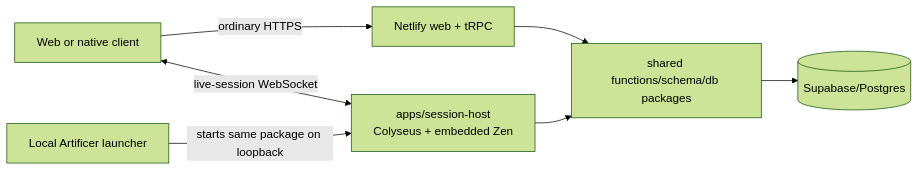
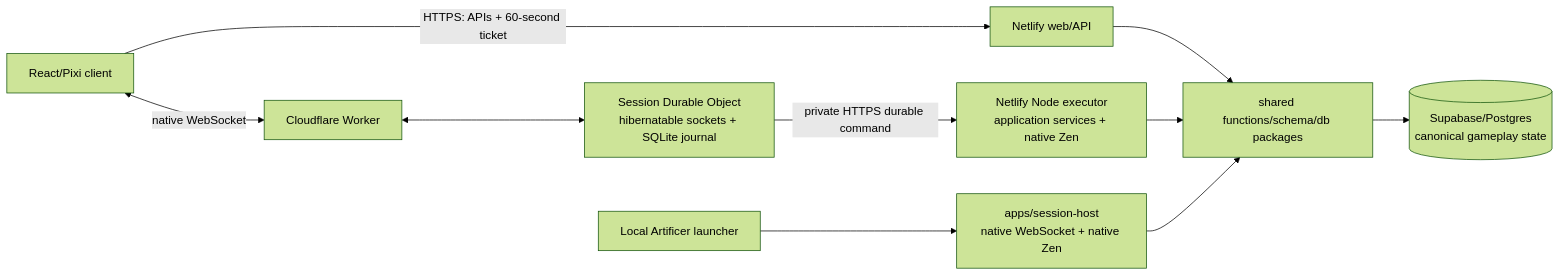
The diagram in docs/adr/0020-local-and-remote-live-session-host.md (MPiland/artificer-toolkit), drawn with Mermaid (forest theme) before and after one commit. The commit also changed other lines of this file and 237 other files, not shown here.

````diff
--- a/docs/adr/0020-local-and-remote-live-session-host.md
+++ b/docs/adr/0020-local-and-remote-live-session-host.md
@@ -19,9 +22,12 @@
 ```mermaid
 flowchart LR
-  Browser["Web or native client"] -->|"ordinary HTTPS"| Netlify["Netlify web + tRPC"]
-  Browser <-->|"live-session WebSocket"| Host["apps/session-host\nColyseus + embedded Zen"]
+  Browser["React/Pixi client"] -->|"HTTPS: APIs + 60-second ticket"| Netlify["Netlify web/API"]
+  Browser <-->|"native WebSocket"| Worker["Cloudflare Worker"]
+  Worker <--> Room["Session Durable Object\nhibernatable sockets + SQLite journal"]
+  Room -->|"private HTTPS durable command"| Executor["Netlify Node executor\napplication services + native Zen"]
   Netlify --> Functions["shared functions/schema/db packages"]
-  Host --> Functions
-  Functions --> Supabase[("Supabase/Postgres")]
-  Local["Local Artificer launcher"] -->|"starts same package on loopback"| Host
+  Executor --> Functions
+  Functions --> Supabase[("Supabase/Postgres\ncanonical gameplay state")]
+  Local["Local Artificer launcher"] --> LocalHost["apps/session-host\nnative WebSocket + native Zen"]
+  LocalHost --> Functions
 ```
````
